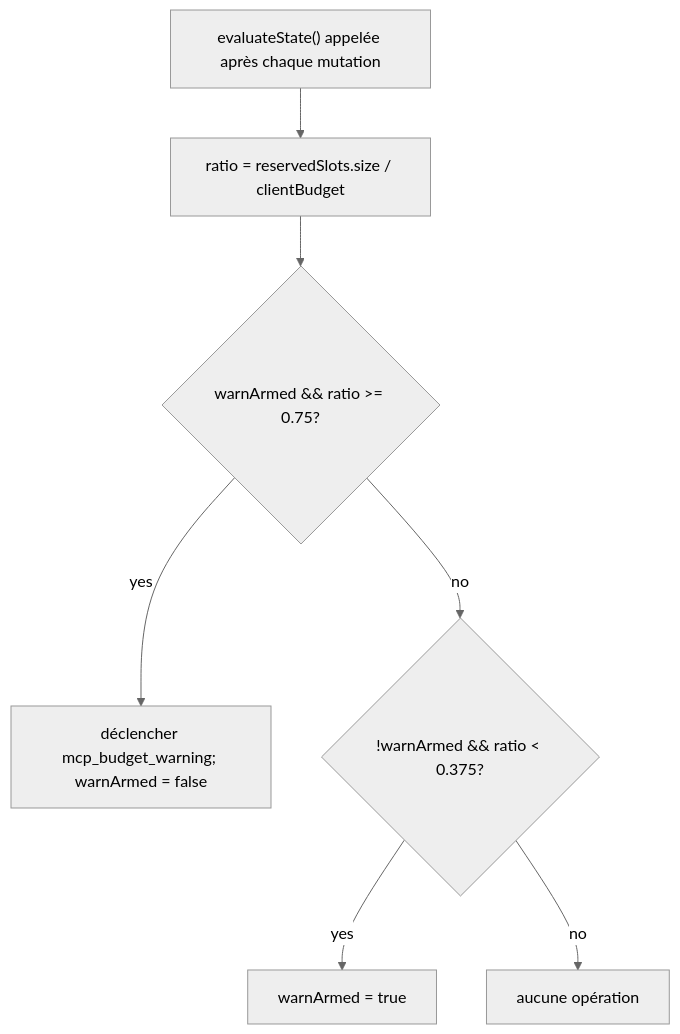
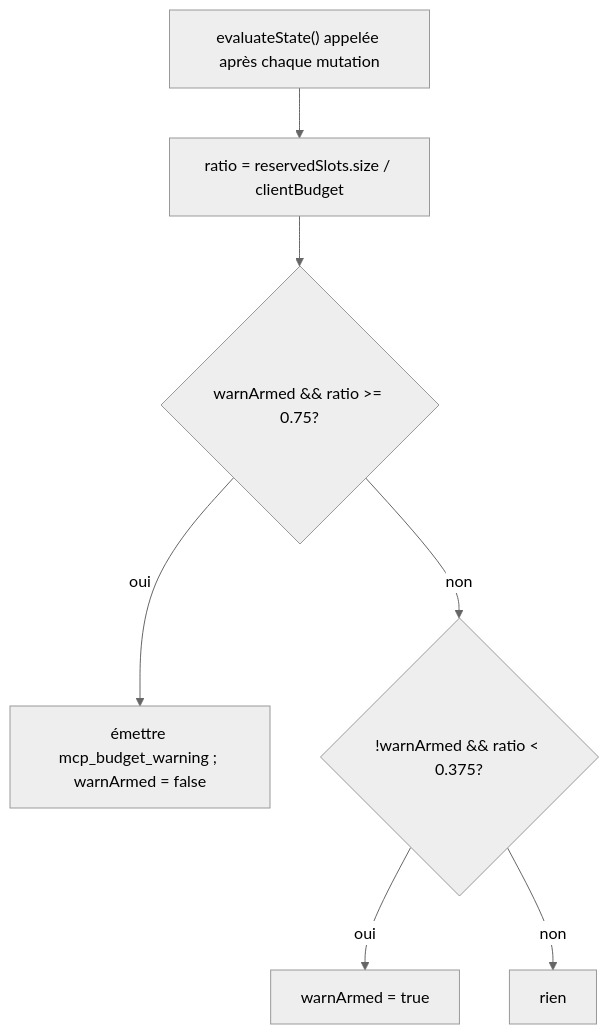
The second of 3 diagrams in website/content/fr/developers/daemon/06-mcp-budget-guardrails.md (QwenLM/qwen-code-docs), drawn with Mermaid (neutral theme) before and after one commit. The commit also changed other lines of this file and 1077 other files, not shown here.

````diff
--- a/website/content/fr/developers/daemon/06-mcp-budget-guardrails.md
+++ b/website/content/fr/developers/daemon/06-mcp-budget-guardrails.md
@@ -74,9 +74,9 @@
 ```mermaid
 flowchart TD
     EV["evaluateState() appelée après chaque mutation"] --> R["ratio = reservedSlots.size / clientBudget"]
     R --> U{"warnArmed && ratio >= 0.75?"}
-    U -->|yes| FIRE["déclencher mcp_budget_warning; warnArmed = false"]
-    U -->|no| D{"!warnArmed && ratio < 0.375?"}
-    D -->|yes| ARM["warnArmed = true"]
-    D -->|no| NOOP[aucune opération]
+    U -->|oui| FIRE["émettre mcp_budget_warning ; warnArmed = false"]
+    U -->|non| D{"!warnArmed && ratio < 0.375?"}
+    D -->|oui| ARM["warnArmed = true"]
+    D -->|non| NOOP["rien"]
 ```
````
